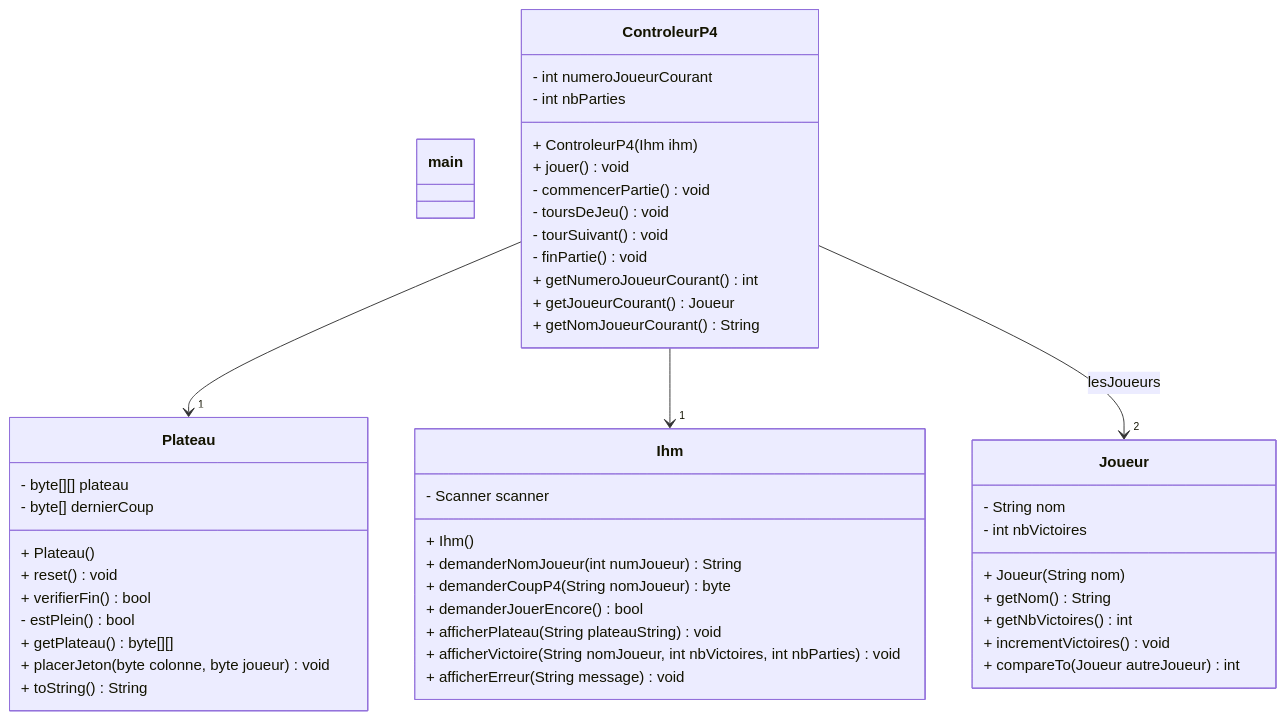
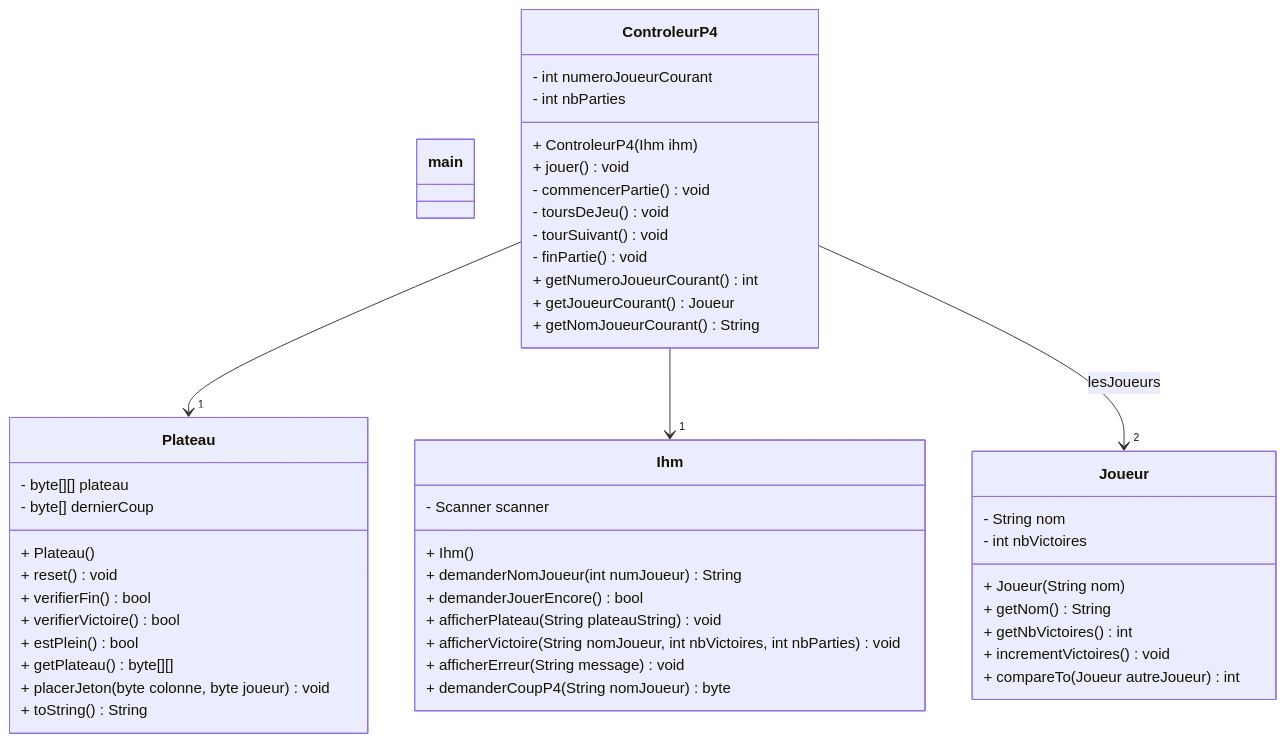
One commit to Kaawan-d20/CDA changed the second of 2 diagrams in Document/Iteration2/Iteration2.md. Above: the diagram before and after it, drawn with Mermaid.

Commit message:
Update diagramme classe IT2

````diff
--- a/Document/Iteration2/Iteration2.md
+++ b/Document/Iteration2/Iteration2.md
@@ -70,61 +70,62 @@
 ```mermaid
 classDiagram
     class main {
 
     }
 
     class Ihm {
         - Scanner scanner
 
         + Ihm()
         + demanderNomJoueur(int numJoueur) String
-        + demanderCoupP4(String nomJoueur) byte
         + demanderJouerEncore() bool
         + afficherPlateau(String plateauString) void
         + afficherVictoire(String nomJoueur, int nbVictoires, int nbParties) void
         + afficherErreur(String message) void
+        + demanderCoupP4(String nomJoueur) byte
     }
 
     class ControleurP4 {
         - int numeroJoueurCourant
         - int nbParties
         
         + ControleurP4(Ihm ihm)
         + jouer () void
         - commencerPartie() void
         - toursDeJeu() void
         - tourSuivant() void
         - finPartie() void
         + getNumeroJoueurCourant() int
         + getJoueurCourant() Joueur
         + getNomJoueurCourant() String
     }
 
     class Joueur {
         - String nom
         - int nbVictoires
 
         + Joueur(String nom)
         + getNom() String
         + getNbVictoires() int
         + incrementVictoires() void
         + compareTo(Joueur autreJoueur) int
     }
 
     class Plateau {
         - byte[][] plateau
         - byte[] dernierCoup
                 
         + Plateau ()
         + reset() void
         + verifierFin() bool
-        - estPlein() bool
+        + verifierVictoire() bool
+        + estPlein() bool
         + getPlateau() byte[][]
         + placerJeton(byte colonne, byte joueur) void
         + toString() String
     }
 
     ControleurP4 --> "1" Plateau
     ControleurP4 --> "1" Ihm
     ControleurP4 --> "2" Joueur : lesJoueurs
 ```
````
